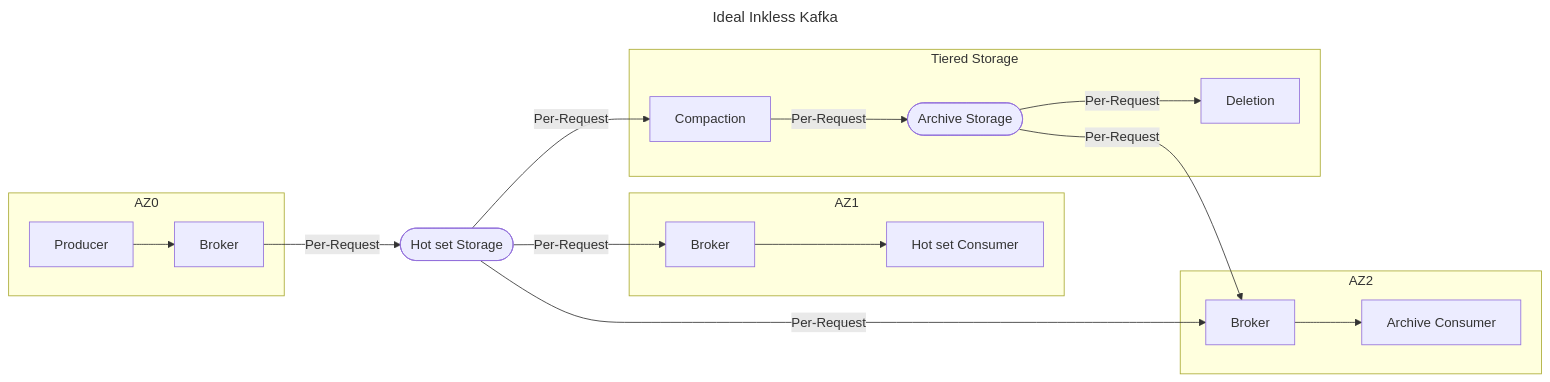
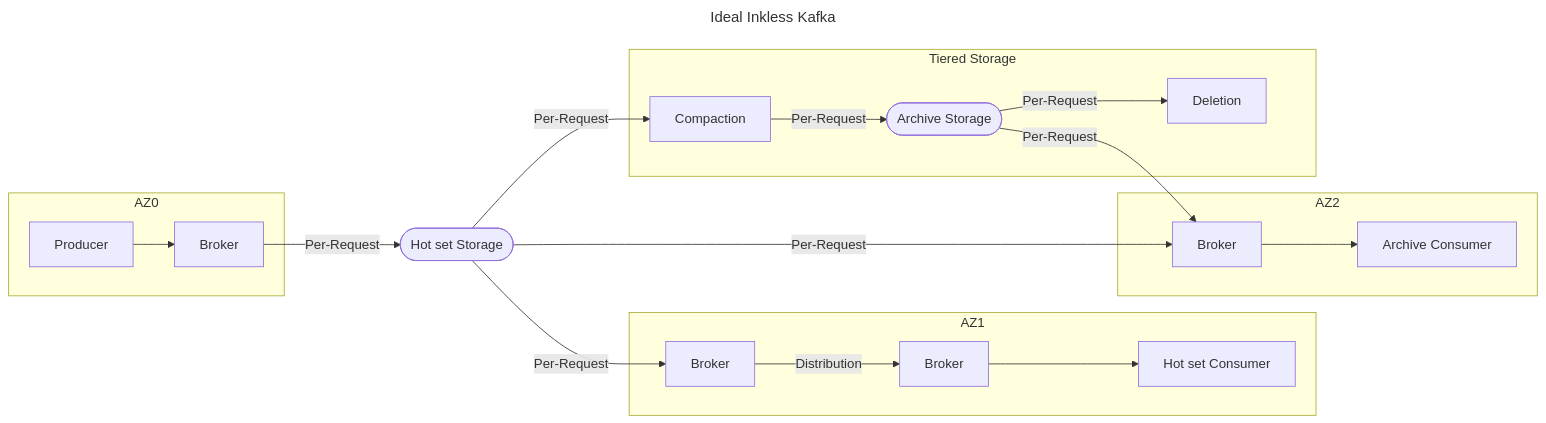
Before and after one commit to aiven/inkless: the second of 2 diagrams in inkless/CostComparison.md, drawn with Mermaid. The commit also changed other lines of this file, not shown here.

````diff
--- a/inkless/CostComparison.md
+++ b/inkless/CostComparison.md
@@ -97,36 +107,37 @@
 ```mermaid
 ---
 title: Ideal Inkless Kafka
 ---
 flowchart LR
     subgraph AZ0[AZ0]
         Producer0[Producer]
         Broker0[Broker]
     end
     subgraph AZ1[AZ1]
         Consumer1[Hot set Consumer]
         Broker1[Broker]
+        Broker3[Broker]
     end
     subgraph AZ2[AZ2]
         Consumer2[Archive Consumer]
         Broker2[Broker]
     end
     ObjectStorage([Hot set Storage])
     subgraph Tiered[Tiered Storage]
         Compaction[Compaction]
         ArchiveStorage([Archive Storage])
         Deletion[Deletion]
     end
 
     Producer0 --> Broker0
     Broker0 -- Per-Request --> ObjectStorage
     ObjectStorage -- Per-Request --> Broker1
     ObjectStorage -- Per-Request --> Broker2
-    Broker1 --> Consumer1
+    Broker1 -- Distribution --> Broker3 --> Consumer1
     Broker2 --> Consumer2
 
     ObjectStorage -- Per-Request --> Compaction
     Compaction -- Per-Request --> ArchiveStorage
     ArchiveStorage -- Per-Request --> Deletion
     ArchiveStorage -- Per-Request --> Broker2
 ```
````
